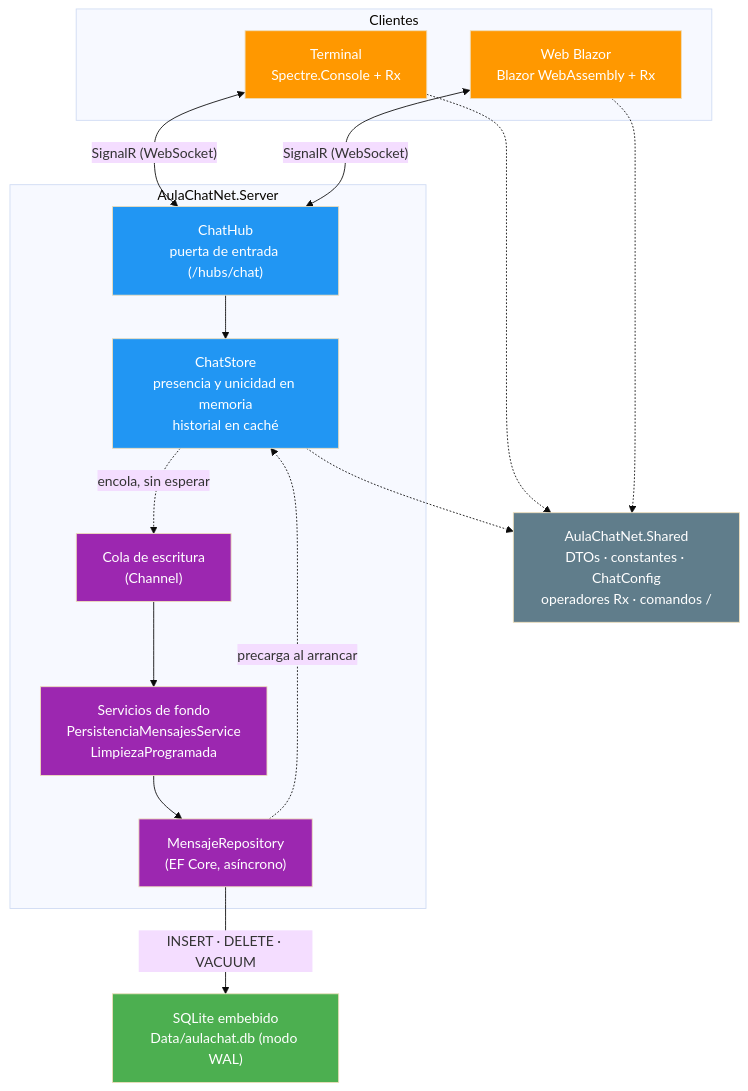
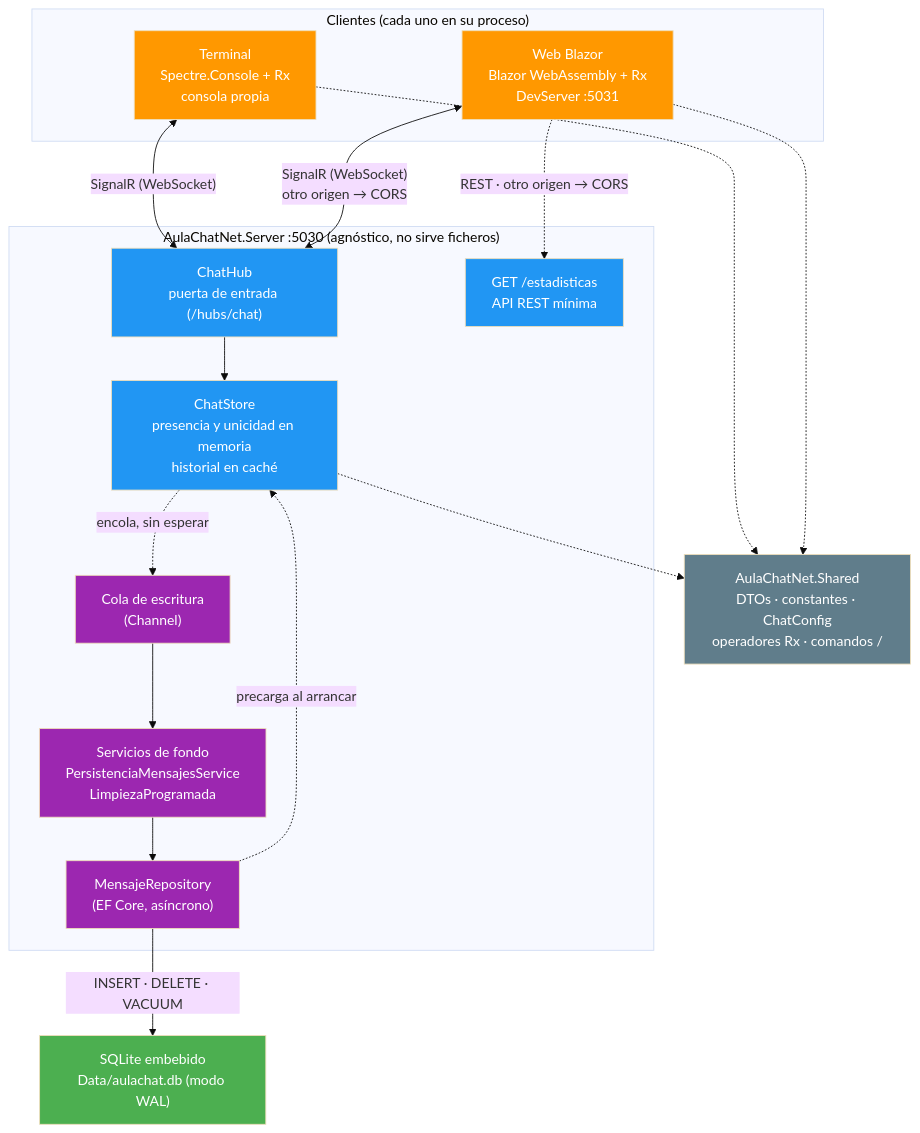
Before and after one commit to joseluisgs/AulaChatNet: the diagram in README.md, drawn with Mermaid (base theme). The commit also changed other lines of this file, not shown here.

````diff
--- a/README.md
+++ b/README.md
@@ -83,43 +83,46 @@
 ```mermaid
 flowchart TD
-    subgraph Clientes["Clientes"]
-        T["Terminal<br/>Spectre.Console + Rx"]
-        B["Web Blazor<br/>Blazor WebAssembly + Rx"]
+    subgraph Clientes["Clientes (cada uno en su proceso)"]
+        T["Terminal<br/>Spectre.Console + Rx<br/>consola propia"]
+        B["Web Blazor<br/>Blazor WebAssembly + Rx<br/>DevServer :5031"]
     end
 
-    subgraph Servidor["AulaChatNet.Server"]
+    subgraph Servidor["AulaChatNet.Server :5030 (agnóstico, no sirve ficheros)"]
         H["ChatHub<br/>puerta de entrada (/hubs/chat)"]
+        API["GET /estadisticas<br/>API REST mínima"]
         S["ChatStore<br/>presencia y unicidad en memoria<br/>historial en caché"]
         Q["Cola de escritura<br/>(Channel)"]
         P["Servicios de fondo<br/>PersistenciaMensajesService<br/>LimpiezaProgramada"]
         R["MensajeRepository<br/>(EF Core, asíncrono)"]
     end
 
     SH["AulaChatNet.Shared<br/>DTOs · constantes · ChatConfig<br/>operadores Rx · comandos /"]
 
     DB["SQLite embebido<br/>Data/aulachat.db (modo WAL)"]
 
     T <-->|"SignalR (WebSocket)"| H
-    B <-->|"SignalR (WebSocket)"| H
+    B <-->|"SignalR (WebSocket)<br/>otro origen → CORS"| H
+    B -.->|"REST · otro origen → CORS"| API
 
     H --> S
     S -.->|"encola, sin esperar"| Q
     Q --> P
     P --> R
     R -->|"INSERT · DELETE · VACUUM"| DB
     R -.->|"precarga al arrancar"| S
 
     T -.-> SH
     B -.-> SH
     S -.-> SH
 
     style T fill:#FF9800,color:#fff
     style B fill:#FF9800,color:#fff
     style H fill:#2196F3,color:#fff
+    style API fill:#2196F3,color:#fff
     style S fill:#2196F3,color:#fff
     style Q fill:#9C27B0,color:#fff
     style P fill:#9C27B0,color:#fff
     style R fill:#9C27B0,color:#fff
     style SH fill:#607D8B,color:#fff
     style DB fill:#4CAF50,color:#fff
 ```
````
